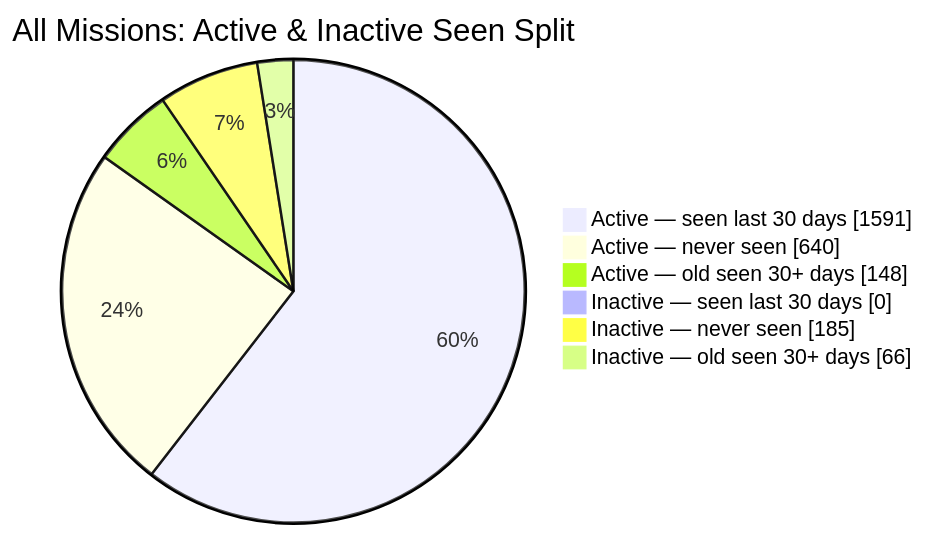
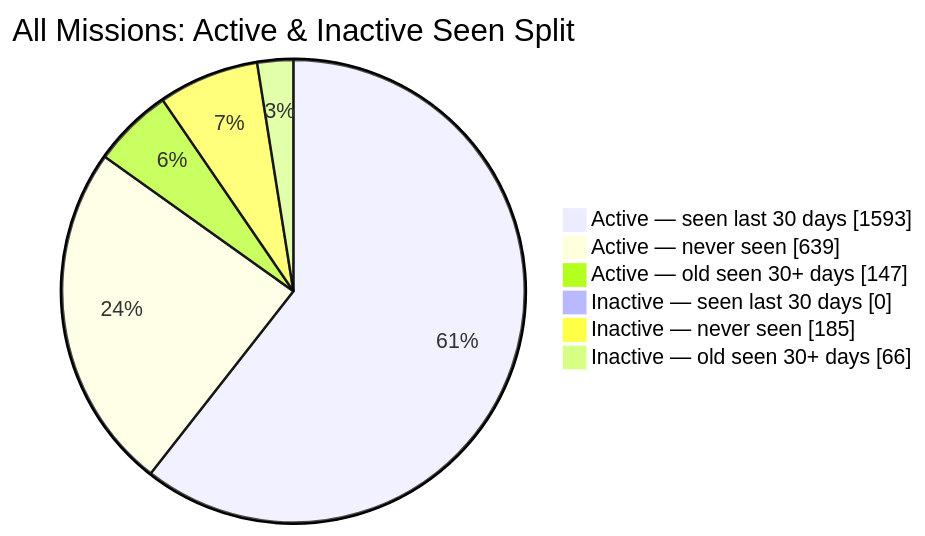
Before and after one commit to MeldkamerspelGameTeam/active-missions: the second of 2 diagrams in README.md, drawn with Mermaid. The commit also changed other lines of this file and 3 other files, not shown here.

````diff
--- a/README.md
+++ b/README.md
@@ -44,10 +44,10 @@
 ```mermaid
 pie showData
     title All Missions: Active & Inactive Seen Split
-    "Active — seen last 30 days" : 1591
-    "Active — never seen" : 640
-    "Active — old seen 30+ days" : 148
+    "Active — seen last 30 days" : 1593
+    "Active — never seen" : 639
+    "Active — old seen 30+ days" : 147
     "Inactive — seen last 30 days" : 0
     "Inactive — never seen" : 185
     "Inactive — old seen 30+ days" : 66
 ```
````
